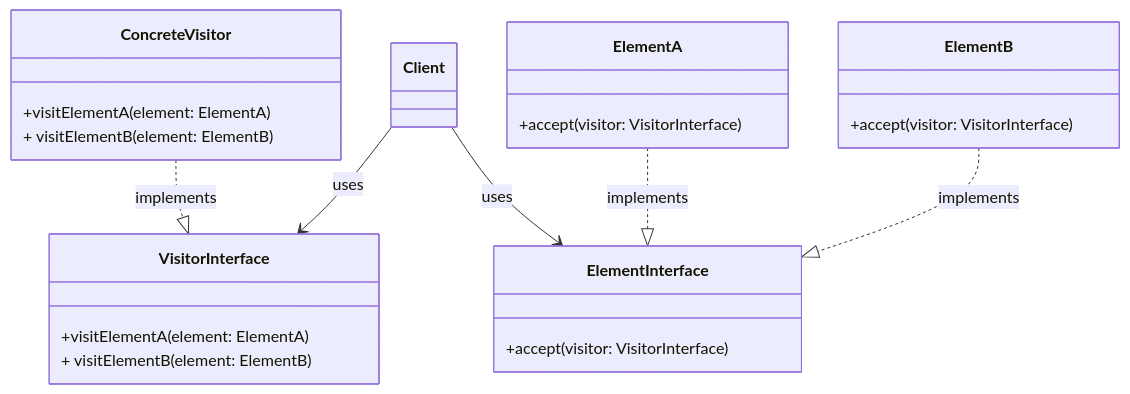
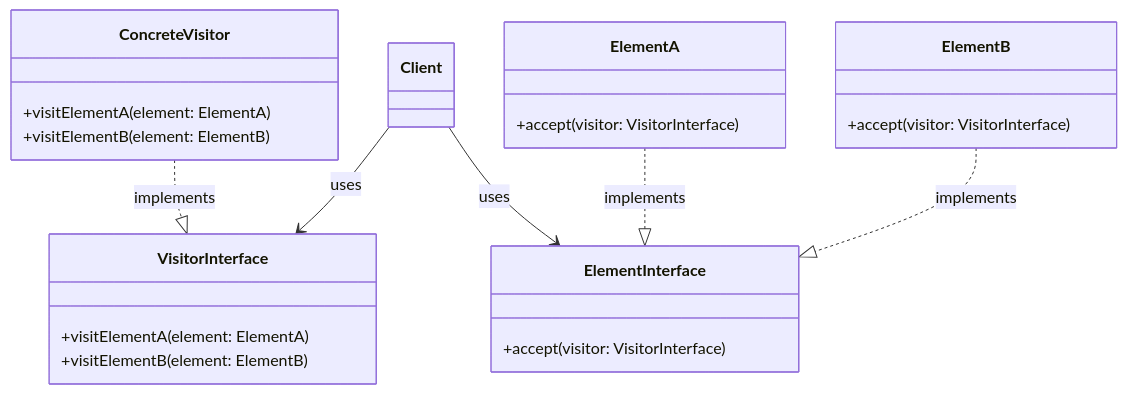
One commit to EliFuzz/tech-labs changed diagram 23 of 23 in docs/education/03-design-patterns/05-gof.mdx. Above: the diagram before and after it, drawn with Mermaid. The commit also changed other lines of this file and 2 other files, not shown here.

````diff
--- a/docs/education/03-design-patterns/05-gof.mdx
+++ b/docs/education/03-design-patterns/05-gof.mdx
@@ -688,27 +804,28 @@
           ```mermaid
           classDiagram
           direction TB
+
           class VisitorInterface {
-          +visitElementA(element: ElementA)
-          + visitElementB(element: ElementB)
-        }
+            +visitElementA(element: ElementA)
+            +visitElementB(element: ElementB)
+          }
           class ConcreteVisitor {
-          +visitElementA(element: ElementA)
-          + visitElementB(element: ElementB)
-        }
+            +visitElementA(element: ElementA)
+            +visitElementB(element: ElementB)
+          }
           class ElementInterface {
-          +accept(visitor: VisitorInterface)
-        }
+            +accept(visitor: VisitorInterface)
+          }
           class ElementA {
-          +accept(visitor: VisitorInterface)
-        }
+            +accept(visitor: VisitorInterface)
+          }
           class ElementB {
-          +accept(visitor: VisitorInterface)
-        }
+            +accept(visitor: VisitorInterface)
+          }
 
           Client --> VisitorInterface : uses
           Client --> ElementInterface : uses
           ConcreteVisitor ..|> VisitorInterface : implements
           ElementA..|> ElementInterface : implements
           ElementB..|> ElementInterface : implements
           ```
````
